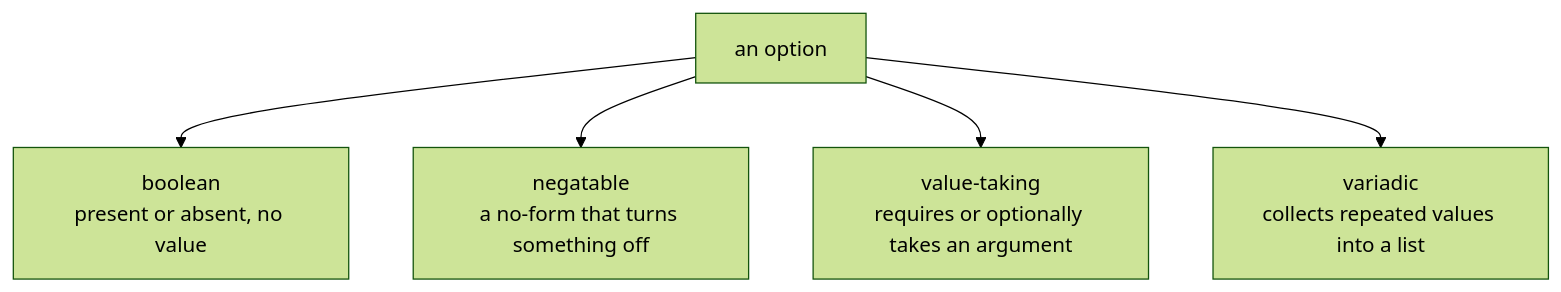
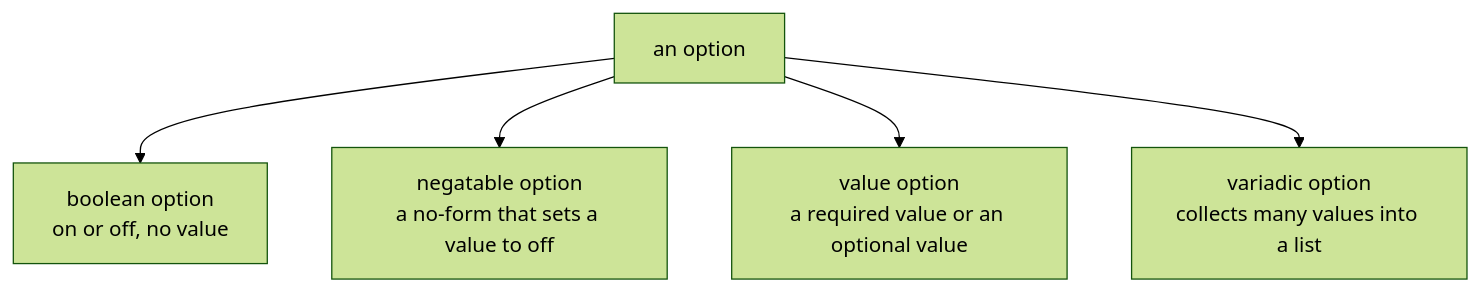
Before and after one commit to KeunwooPark/cluedoc: the second of 3 diagrams in docs/examples/commander/.cluedoc/option-parsing/README.md, drawn with Mermaid (forest theme). The commit also changed other lines of this file and 22 other files, not shown here.

````diff
--- a/docs/examples/commander/.cluedoc/option-parsing/README.md
+++ b/docs/examples/commander/.cluedoc/option-parsing/README.md
@@ -45,7 +52,7 @@
 ```mermaid
 flowchart TD
-    O["an option"] --> B["boolean<br/>present or absent, no value"]
-    O --> N["negatable<br/>a no-form that turns something off"]
-    O --> R["value-taking<br/>requires or optionally takes an argument"]
-    O --> V["variadic<br/>collects repeated values into a list"]
+    O["an option"] --> B["boolean option<br/>on or off, no value"]
+    O --> N["negatable option<br/>a no-form that sets a value to off"]
+    O --> R["value option<br/>a required value or an optional value"]
+    O --> V["variadic option<br/>collects many values into a list"]
 ```
````
